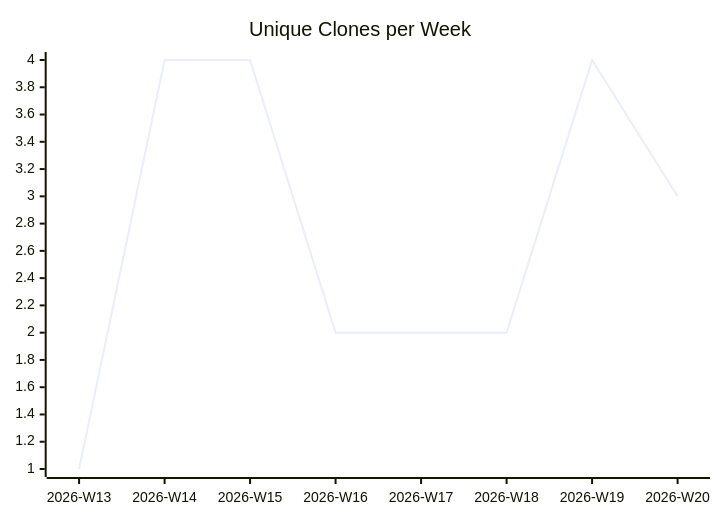
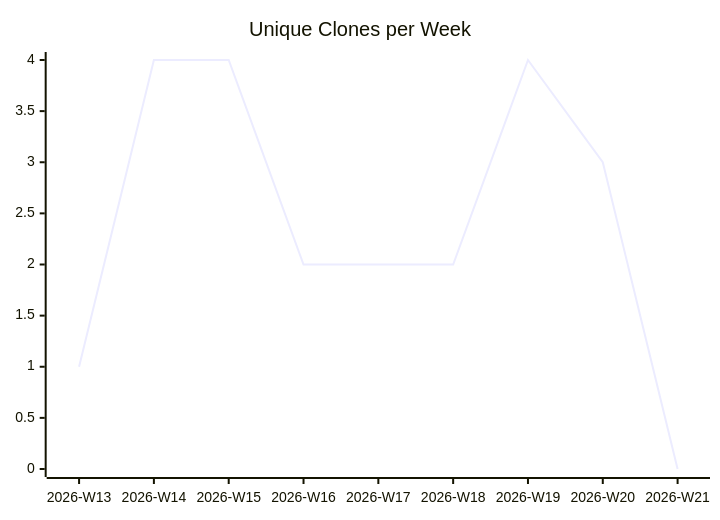
The third of 3 diagrams in karlmdavis/justdavis-puppet/README.md (justdavis-family/github-analytics-data), drawn with Mermaid before and after one commit. The commit also changed other lines of this file and 189 other files, not shown here.

````diff
--- a/karlmdavis/justdavis-puppet/README.md
+++ b/karlmdavis/justdavis-puppet/README.md
@@ -19,6 +19,6 @@
 ```mermaid
 xychart-beta
   title "Unique Clones per Week"
-  x-axis ["2026-W13", "2026-W14", "2026-W15", "2026-W16", "2026-W17", "2026-W18", "2026-W19", "2026-W20"]
-  line [1, 4, 4, 2, 2, 2, 4, 3]
+  x-axis ["2026-W13", "2026-W14", "2026-W15", "2026-W16", "2026-W17", "2026-W18", "2026-W19", "2026-W20", "2026-W21"]
+  line [1, 4, 4, 2, 2, 2, 4, 3, 0]
 ```
````
